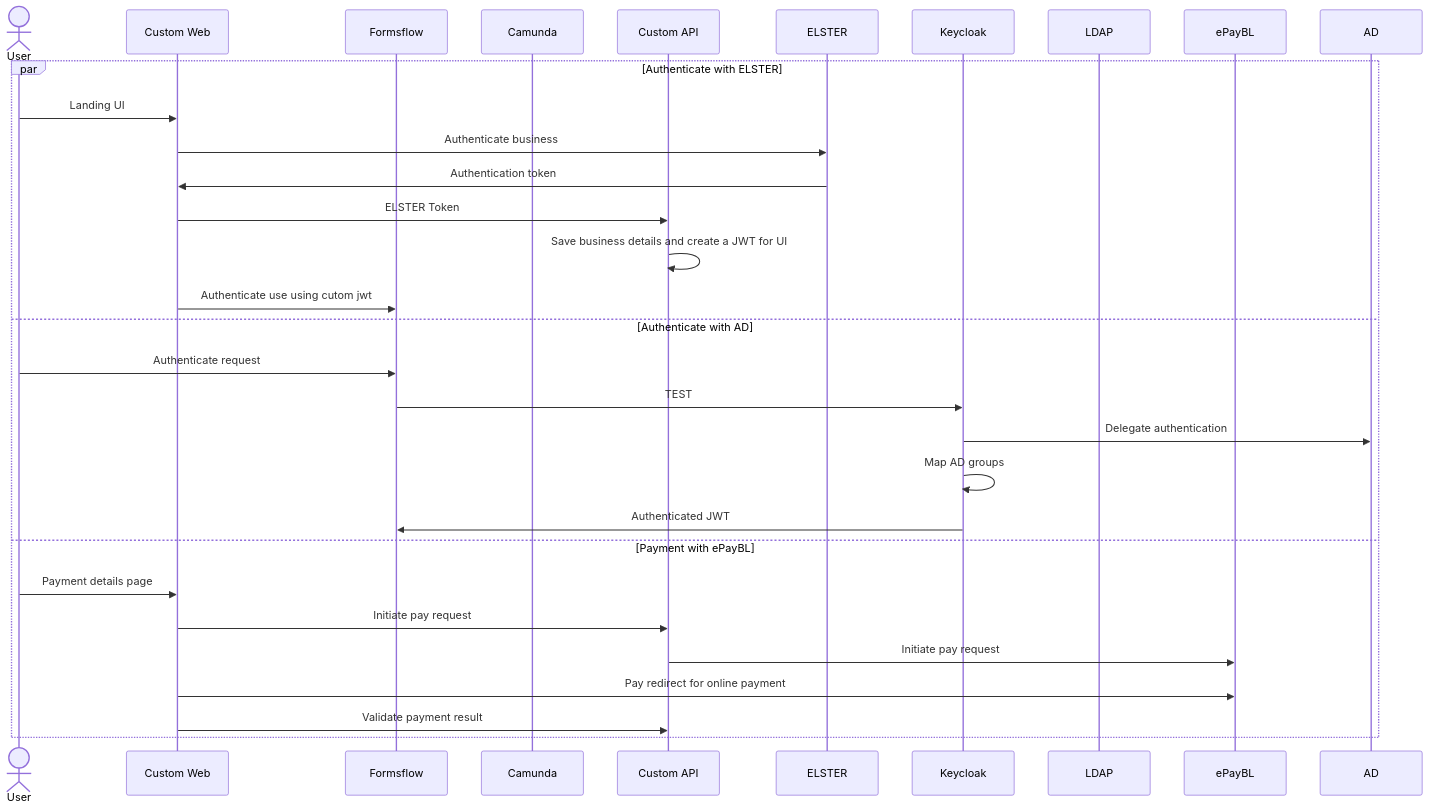
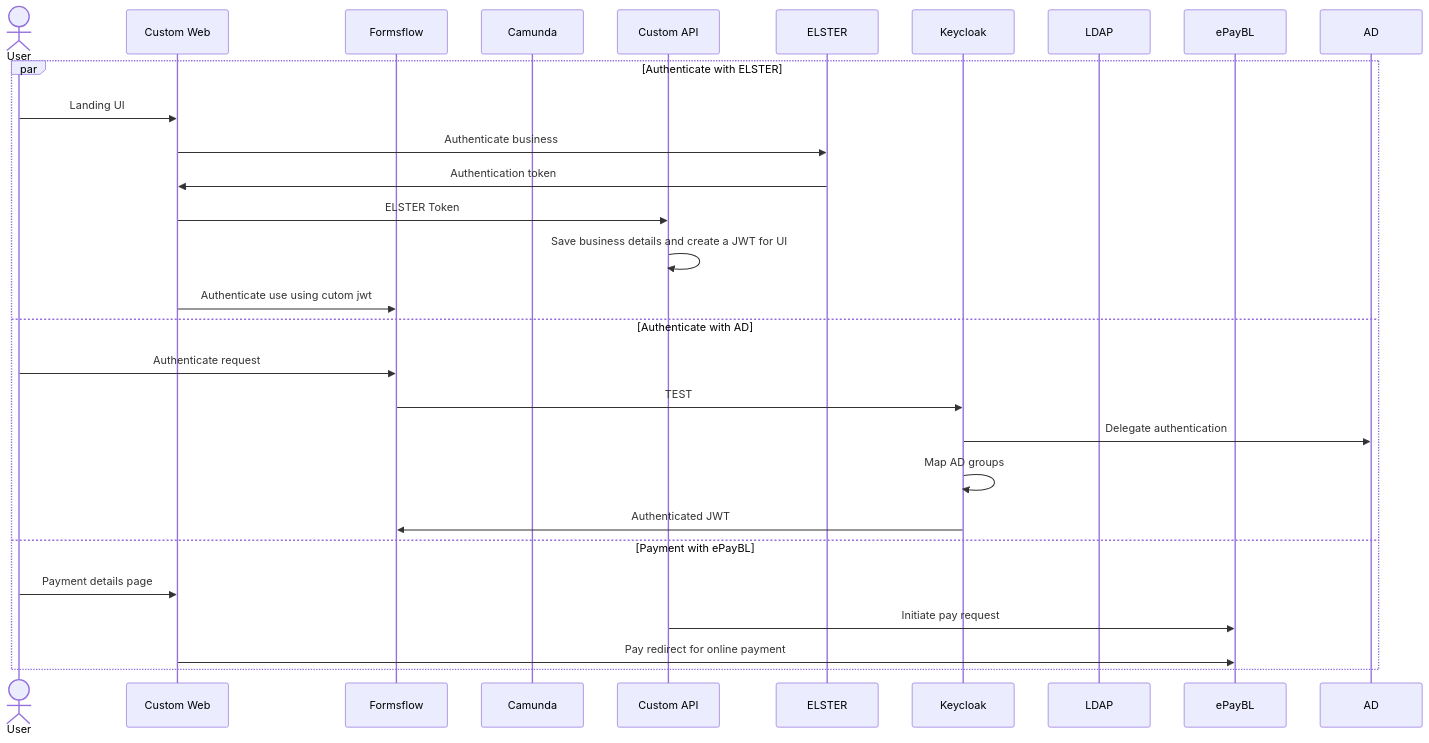
The diagram in rfcs/public_plan.md (sumesh-aot/forms-flow-ai-rfcs), drawn with Mermaid before and after one commit.

````diff
--- a/rfcs/public_plan.md
+++ b/rfcs/public_plan.md
@@ -3,38 +3,36 @@
 ```mermaid
 sequenceDiagram
     actor  User
     participant Custom Web
     participant Formsflow
     participant Camunda
     participant Custom API
     participant ELSTER
     participant Keycloak
     participant LDAP
     participant ePayBL
 
     par Authenticate with ELSTER
         User ->> Custom Web : Landing UI
         Custom Web ->> ELSTER : Authenticate business
         ELSTER ->> Custom Web : Authentication token
         Custom Web ->> Custom API : ELSTER Token
         Custom API ->> Custom API : Save business details and create a JWT for UI
         Custom Web ->> Formsflow : Authenticate use using cutom jwt
 
     and Authenticate with AD
         User ->> Formsflow : Authenticate request
         Formsflow ->> Keycloak : TEST
         Keycloak ->> AD : Delegate authentication
         Keycloak ->> Keycloak : Map AD groups
         Keycloak ->> Formsflow : Authenticated JWT
 
     and Payment with ePayBL
         User ->> Custom Web : Payment details page
-        Custom Web ->> Custom API : Initiate pay request
         Custom API ->> ePayBL : Initiate pay request
         Custom Web ->> ePayBL : Pay redirect for online payment
-        Custom Web ->> Custom API : Validate payment result
     
     end
 
 
 ```
````
